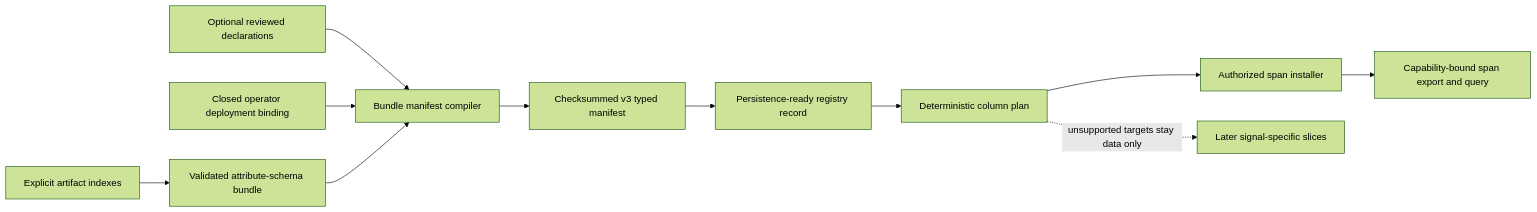
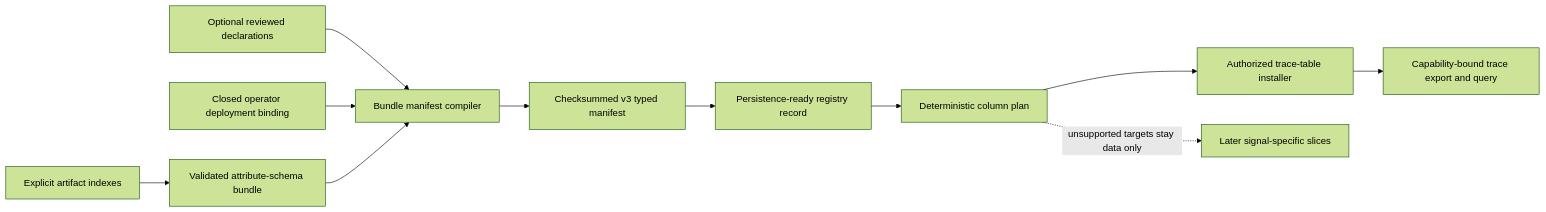
Before and after one commit to chucklehead-dev/jolt-otel-clickhouse: the diagram in docs/typed-attributes.md, drawn with Mermaid (forest theme). The commit also changed other lines of this file and 12 other files, not shown here.

````diff
--- a/docs/typed-attributes.md
+++ b/docs/typed-attributes.md
@@ -14,13 +14,13 @@
 ```mermaid
 flowchart LR
     A[Explicit artifact indexes] --> B[Validated attribute-schema bundle]
     C[Optional reviewed declarations] --> D[Bundle manifest compiler]
     E[Closed operator deployment binding] --> D
     B --> D
     D --> F[Checksummed v3 typed manifest]
     F --> G[Persistence-ready registry record]
     G --> H[Deterministic column plan]
-    H --> I[Authorized span installer]
-    I --> J[Capability-bound span export and query]
+    H --> I[Authorized trace-table installer]
+    I --> J[Capability-bound trace export and query]
     H -. unsupported targets stay data only .-> K[Later signal-specific slices]
 ```
````
